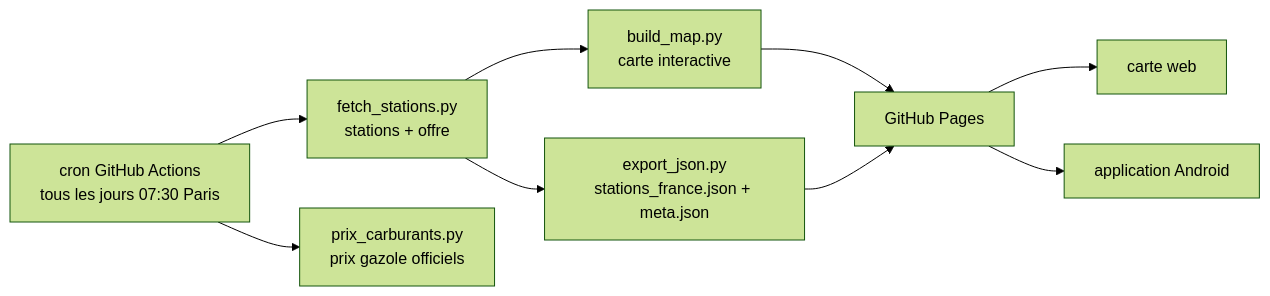
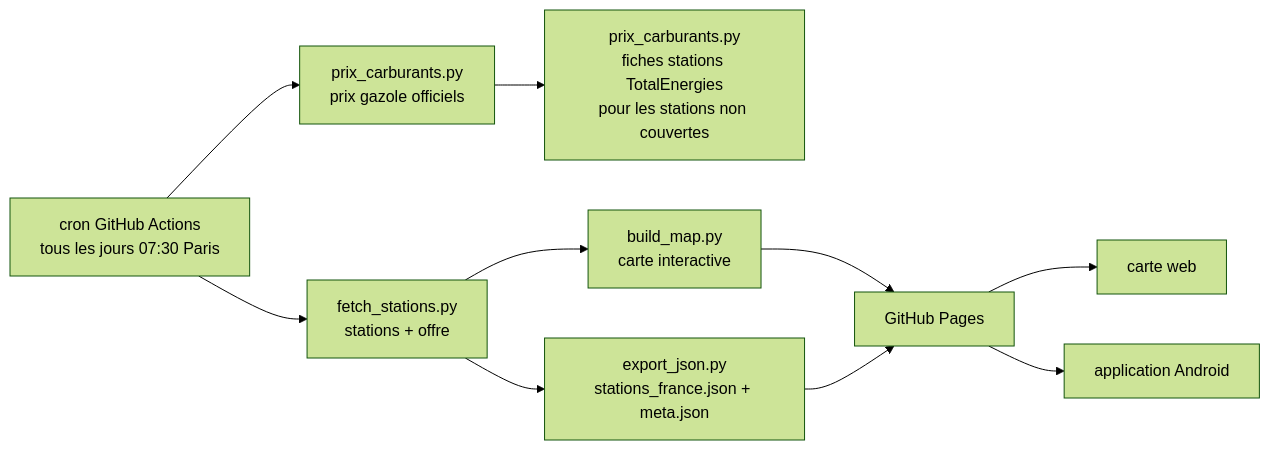
The diagram in README.md (Davidlouiz/stations-total-1.99), drawn with Mermaid (forest theme) before and after one commit. The commit also changed other lines of this file and 5 other files, not shown here.

Commit message:
Prix gazole : complément par les fiches stations TotalEnergies (prix plafonné) pour les stations non couvertes par le jeu officiel

````diff
--- a/README.md
+++ b/README.md
@@ -91,11 +109,12 @@
 ```mermaid
 flowchart LR
   A[cron GitHub Actions<br/>tous les jours 07:30 Paris] --> B[fetch_stations.py<br/>stations + offre]
   A --> C[prix_carburants.py<br/>prix gazole officiels]
+  C --> C2[prix_carburants.py<br/>fiches stations TotalEnergies<br/>pour les stations non couvertes]
   B --> D[build_map.py<br/>carte interactive]
   B --> E[export_json.py<br/>stations_france.json + meta.json]
   D --> F[GitHub Pages]
   E --> F
   F --> G[carte web]
   F --> H[application Android]
 ```
````
